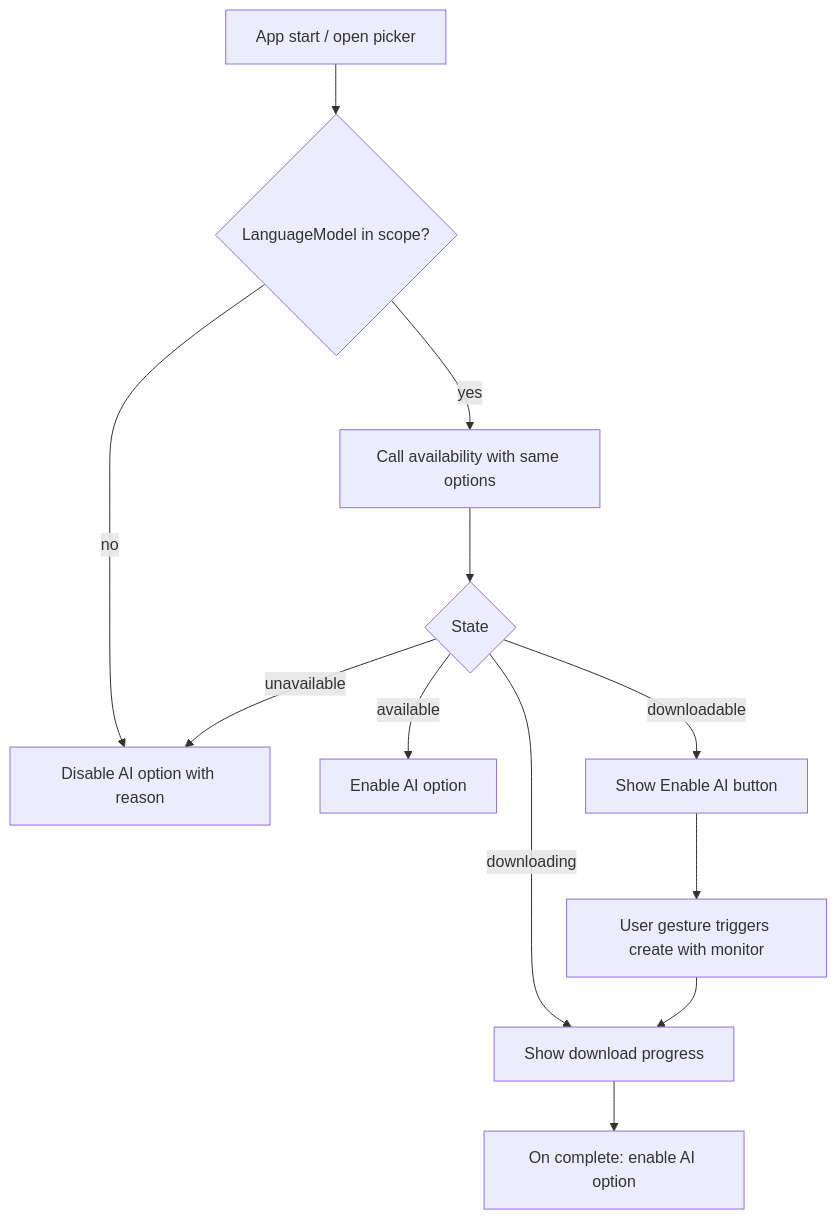
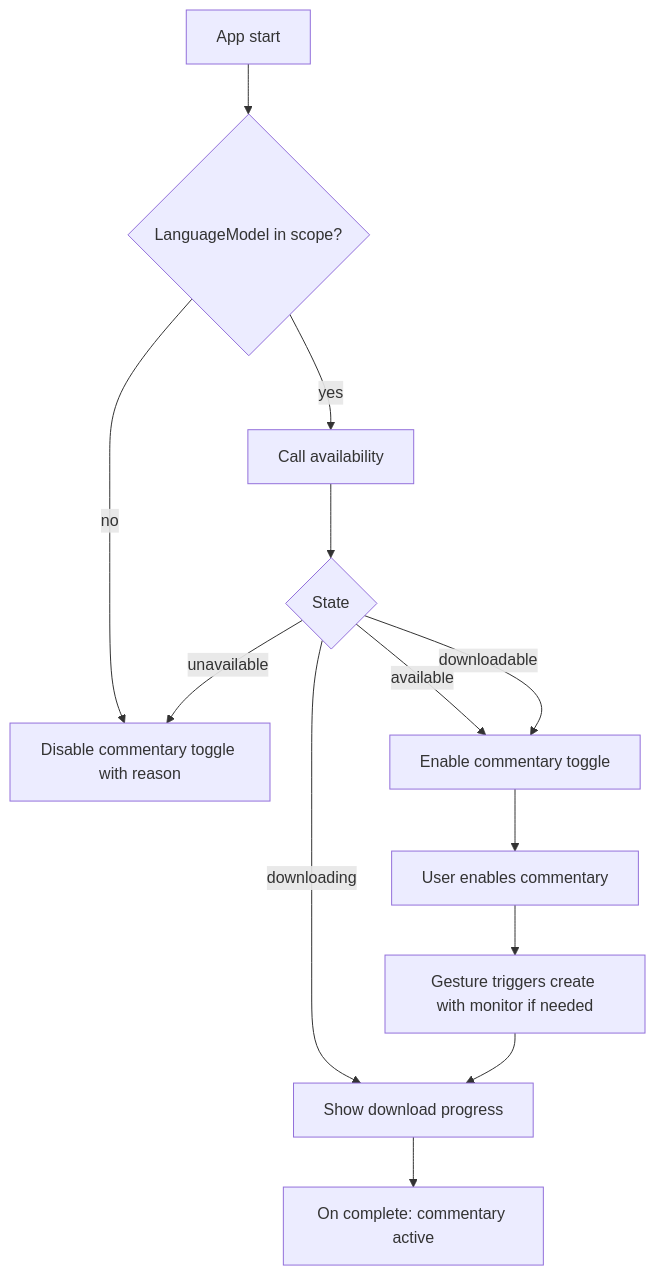
Before and after one commit to scizor666/nano-battleship: the diagram in SPEC.md, drawn with Mermaid. The commit also changed other lines of this file and 20 other files, not shown here.

````diff
--- a/SPEC.md
+++ b/SPEC.md
@@ -364,14 +296,15 @@
 ```mermaid
 flowchart TD
-  load[App start / open picker] --> has{LanguageModel in scope?}
-  has -->|no| disabled[Disable AI option with reason]
-  has -->|yes| avail[Call availability with same options]
+  load[App start] --> has{LanguageModel in scope?}
+  has -->|no| disabled[Disable commentary toggle with reason]
+  has -->|yes| avail[Call availability]
   avail --> st{State}
-  st -->|available| enabled[Enable AI option]
-  st -->|downloadable| gesture[Show Enable AI button]
+  st -->|available| enabled[Enable commentary toggle]
+  st -->|downloadable| enabled
   st -->|downloading| progress[Show download progress]
   st -->|unavailable| disabled
-  gesture --> dl[User gesture triggers create with monitor]
+  enabled --> gesture[User enables commentary]
+  gesture --> dl[Gesture triggers create with monitor if needed]
   dl --> progress
-  progress --> done[On complete: enable AI option]
+  progress --> done[On complete: commentary active]
 ```
````
